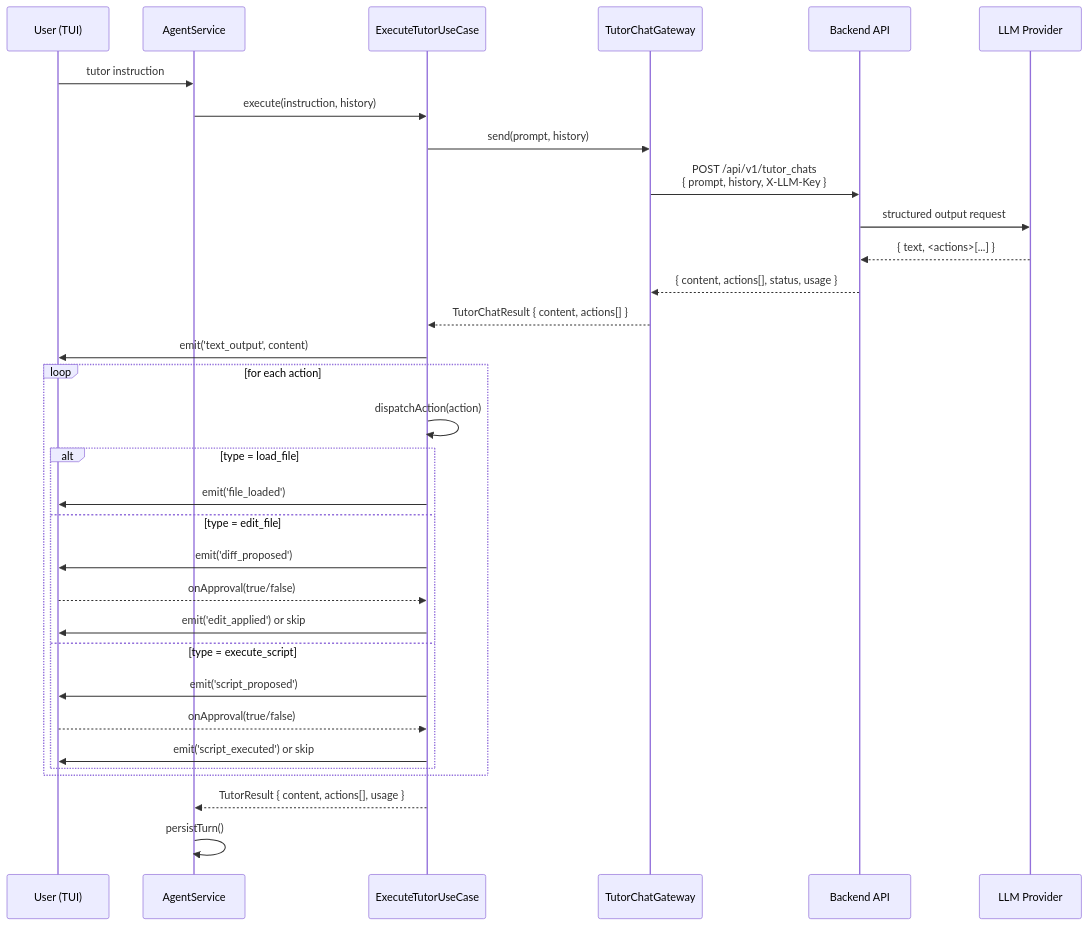
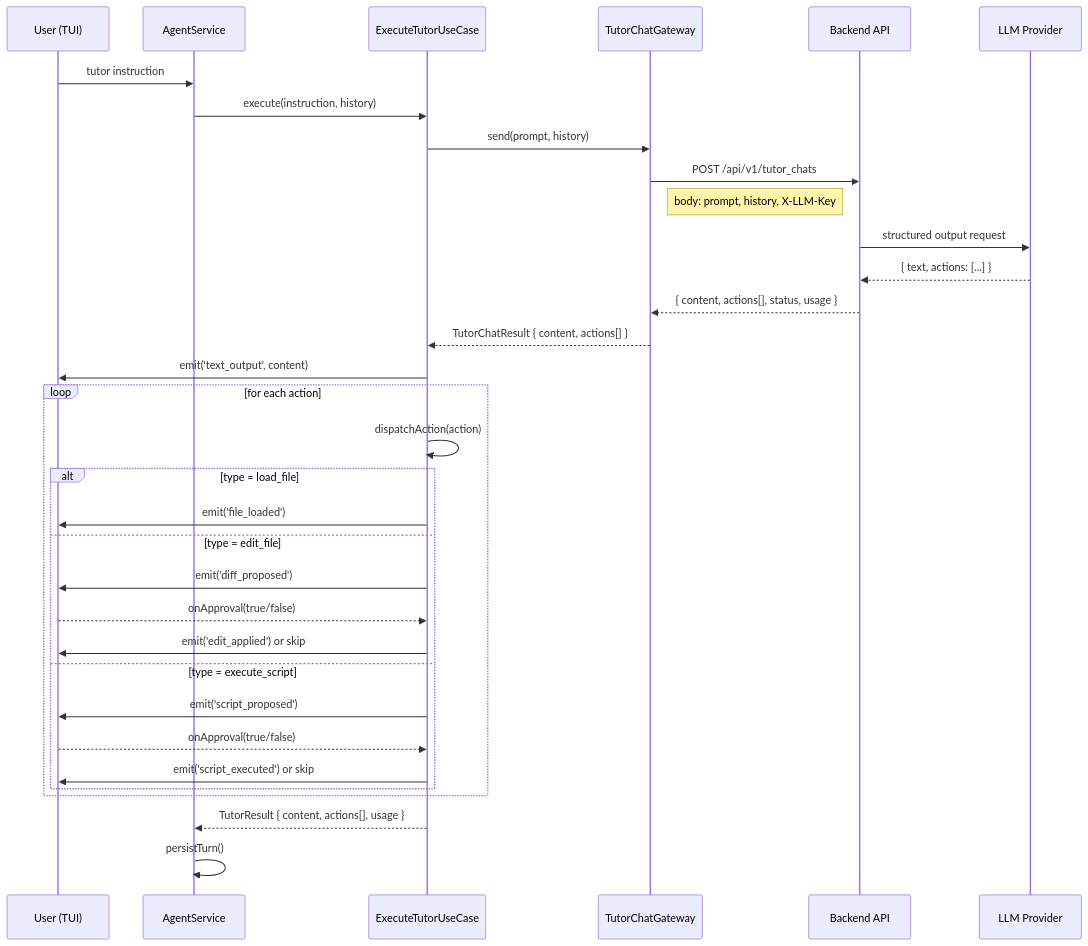
The first of 4 diagrams in plans/2026-06-02-tutor-actions-implementation.md (MING-CHUNLee/Tyla), drawn with Mermaid before and after one commit.

Commit message:
fix(plans): fix Mermaid parse errors in tutor-actions sequence diagram
Replace <br/> and <actions> angle-bracket syntax in arrow labels with
safe alternatives — Note right of and plain text — per mermaid-sequence-diagram skill rules.

````diff
--- a/plans/2026-06-02-tutor-actions-implementation.md
+++ b/plans/2026-06-02-tutor-actions-implementation.md
@@ -68,38 +68,39 @@
 ```mermaid
 sequenceDiagram
     participant U as User (TUI)
     participant AS as AgentService
     participant UC as ExecuteTutorUseCase
     participant GW as TutorChatGateway
     participant BE as Backend API
     participant LLM as LLM Provider
 
     U->>AS: tutor instruction
     AS->>UC: execute(instruction, history)
     UC->>GW: send(prompt, history)
-    GW->>BE: POST /api/v1/tutor_chats<br/>{ prompt, history, X-LLM-Key }
+    GW->>BE: POST /api/v1/tutor_chats
+    Note right of GW: body: prompt, history, X-LLM-Key
     BE->>LLM: structured output request
-    LLM-->>BE: { text, <actions>[...] }
+    LLM-->>BE: { text, actions: [...] }
     BE-->>GW: { content, actions[], status, usage }
     GW-->>UC: TutorChatResult { content, actions[] }
 
     UC->>U: emit('text_output', content)
 
     loop for each action
         UC->>UC: dispatchAction(action)
         alt type = load_file
             UC->>U: emit('file_loaded')
         else type = edit_file
             UC->>U: emit('diff_proposed')
             U-->>UC: onApproval(true/false)
             UC->>U: emit('edit_applied') or skip
         else type = execute_script
             UC->>U: emit('script_proposed')
             U-->>UC: onApproval(true/false)
             UC->>U: emit('script_executed') or skip
         end
     end
 
     UC-->>AS: TutorResult { content, actions[], usage }
     AS->>AS: persistTurn()
 ```
````
